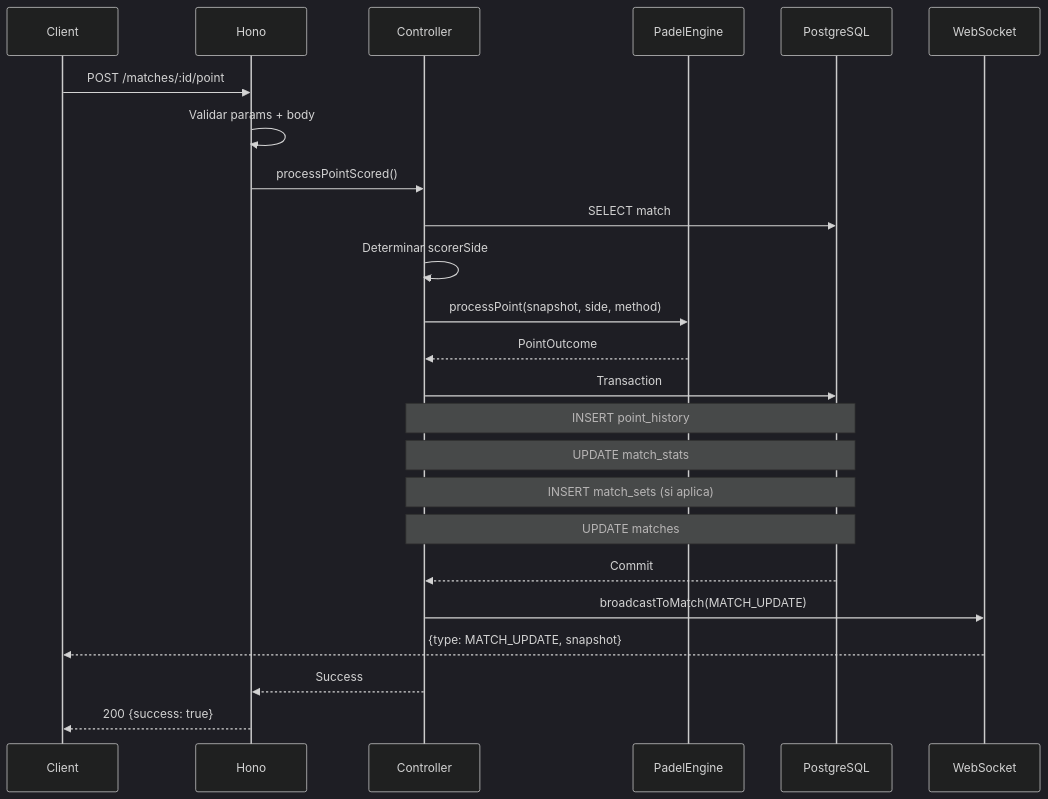
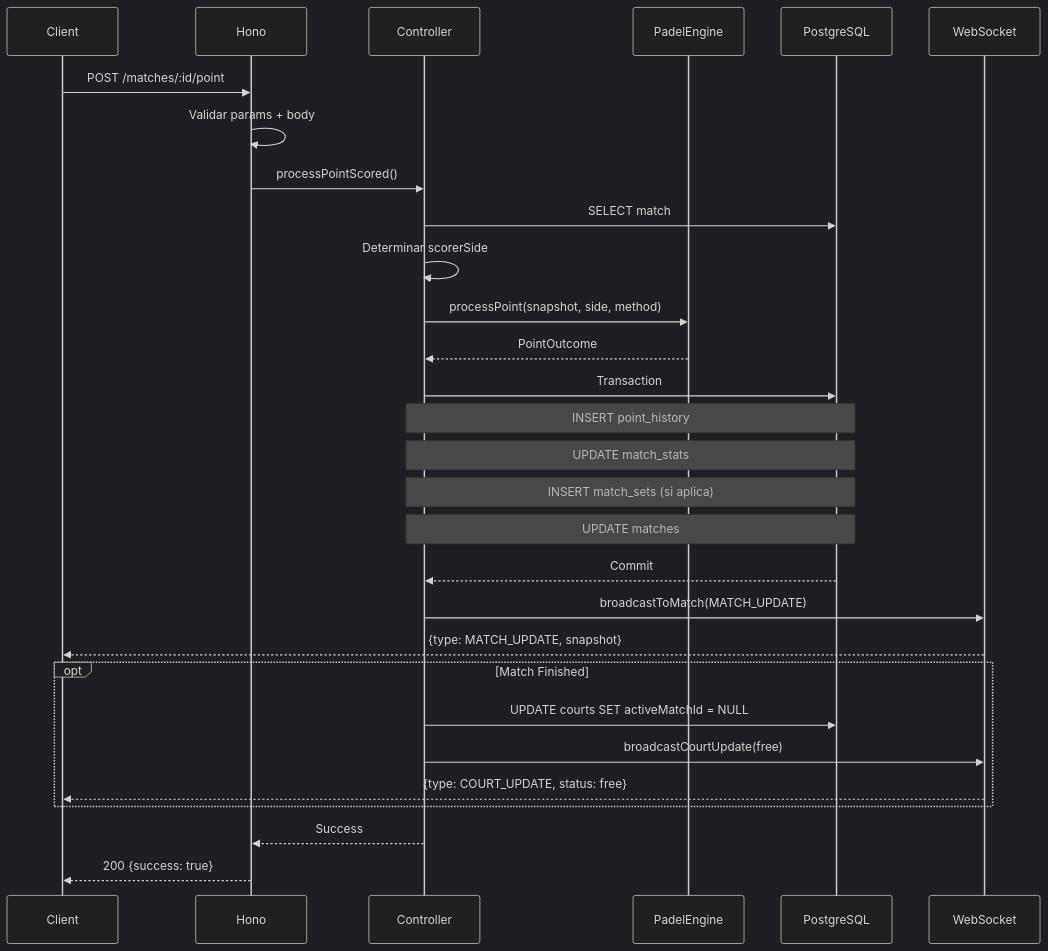
One commit to samuhlo-training/padelcourts_front changed the fourth of 7 diagrams in docs/backend/CURRENT_STATE_DOCS.md. Above: the diagram before and after it, drawn with Mermaid (dark theme). The commit also changed other lines of this file and 37 other files, not shown here.

Commit message:
feat: Introduce detailed match history and player statistics pages, refactor court and match data handling, and update backend documentation.

````diff
--- a/docs/backend/CURRENT_STATE_DOCS.md
+++ b/docs/backend/CURRENT_STATE_DOCS.md
@@ -164,27 +169,32 @@
 ```mermaid
 sequenceDiagram
     participant C as Client
     participant H as Hono
     participant CTRL as Controller
     participant ENGINE as PadelEngine
     participant DB as PostgreSQL
     participant WS as WebSocket
 
     C->>H: POST /matches/:id/point
     H->>H: Validar params + body
     H->>CTRL: processPointScored()
     CTRL->>DB: SELECT match
     CTRL->>CTRL: Determinar scorerSide
     CTRL->>ENGINE: processPoint(snapshot, side, method)
     ENGINE-->>CTRL: PointOutcome
     CTRL->>DB: Transaction
     Note over CTRL,DB: INSERT point_history
     Note over CTRL,DB: UPDATE match_stats
     Note over CTRL,DB: INSERT match_sets (si aplica)
     Note over CTRL,DB: UPDATE matches
     DB-->>CTRL: Commit
     CTRL->>WS: broadcastToMatch(MATCH_UPDATE)
     WS-->>C: {type: MATCH_UPDATE, snapshot}
+    opt Match Finished
+        CTRL->>DB: UPDATE courts SET activeMatchId = NULL
+        CTRL->>WS: broadcastCourtUpdate(free)
+        WS-->>C: {type: COURT_UPDATE, status: free}
+    end
     CTRL-->>H: Success
     H-->>C: 200 {success: true}
 ```
````
